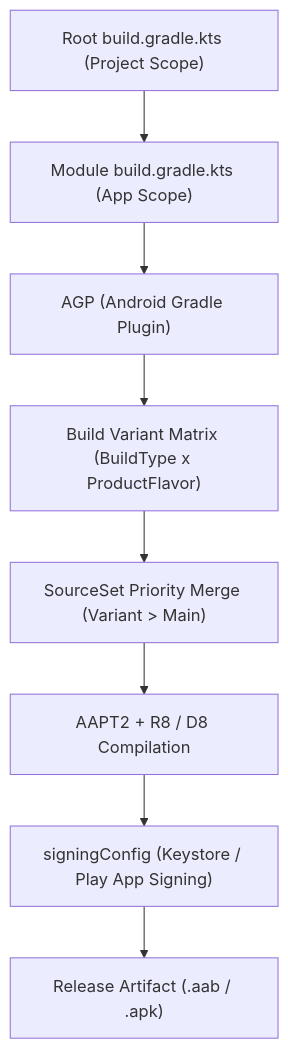
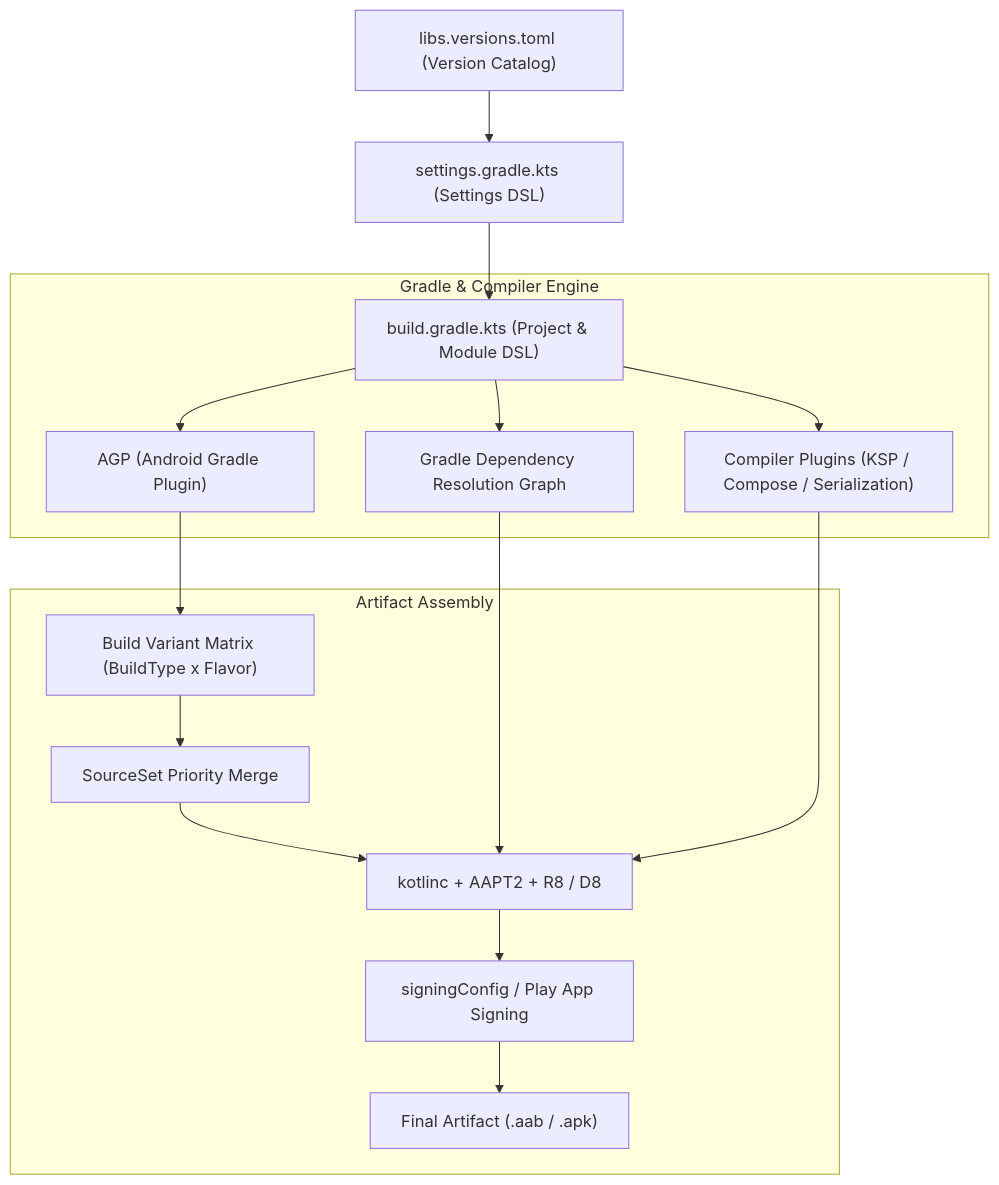
One commit to youngmin-gwon/what-i-studied changed the diagram in 01_inbox/mobile/android/03_packaging_deployment/build/gradle/gradle-build.md. Above: the diagram before and after it, drawn with Mermaid. The commit also changed other lines of this file and 27 other files, not shown here.

````diff
--- a/01_inbox/mobile/android/03_packaging_deployment/build/gradle/gradle-build.md
+++ b/01_inbox/mobile/android/03_packaging_deployment/build/gradle/gradle-build.md
@@ -32,10 +31,19 @@
 ```mermaid
 flowchart TD
-    RootBuild["Root build.gradle.kts (Project Scope)"] --> ModuleBuild["Module build.gradle.kts (App Scope)"]
-    ModuleBuild --> AGP["AGP (Android Gradle Plugin)"]
-    AGP --> Variant["Build Variant Matrix (BuildType x ProductFlavor)"]
-    Variant --> SourceSet["SourceSet Priority Merge (Variant > Main)"]
-    SourceSet --> AAPT2_R8["AAPT2 + R8 / D8 Compilation"]
-    AAPT2_R8 --> Signing["signingConfig (Keystore / Play App Signing)"]
-    Signing --> ReleaseArtifact["Release Artifact (.aab / .apk)"]
+    Catalog["libs.versions.toml (Version Catalog)"] --> Settings["settings.gradle.kts (Settings DSL)"]
+    Settings --> ProjectBuild["build.gradle.kts (Project & Module DSL)"]
+    
+    subgraph BuildEngine ["Gradle & Compiler Engine"]
+        ProjectBuild --> Resolution["Gradle Dependency Resolution Graph"]
+        ProjectBuild --> CompilerPlugins["Compiler Plugins (KSP / Compose / Serialization)"]
+        ProjectBuild --> AGP["AGP (Android Gradle Plugin)"]
+    end
+
+    subgraph AssemblyFlow ["Artifact Assembly"]
+        AGP --> Variant["Build Variant Matrix (BuildType x Flavor)"]
+        Variant --> SourceSet["SourceSet Priority Merge"]
+        SourceSet & Resolution & CompilerPlugins --> Compilation["kotlinc + AAPT2 + R8 / D8"]
+        Compilation --> Signing["signingConfig / Play App Signing"]
+        Signing --> FinalArtifact["Final Artifact (.aab / .apk)"]
+    end
 ```
````
